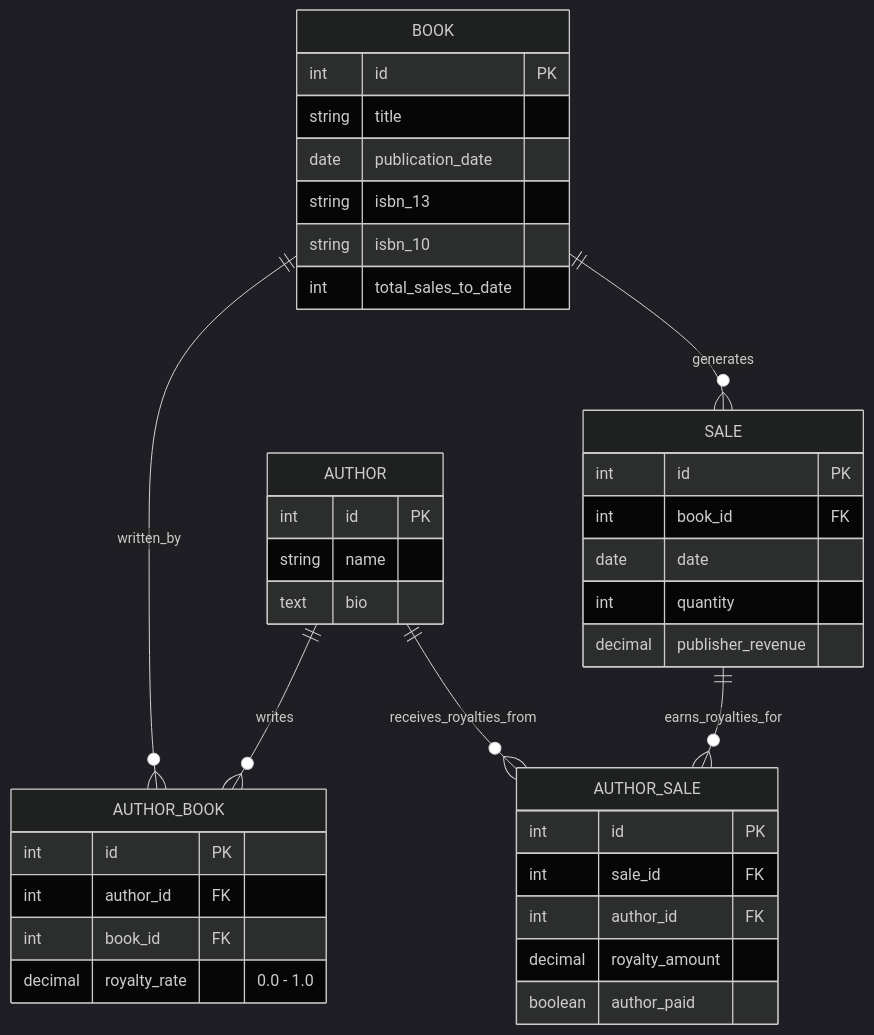
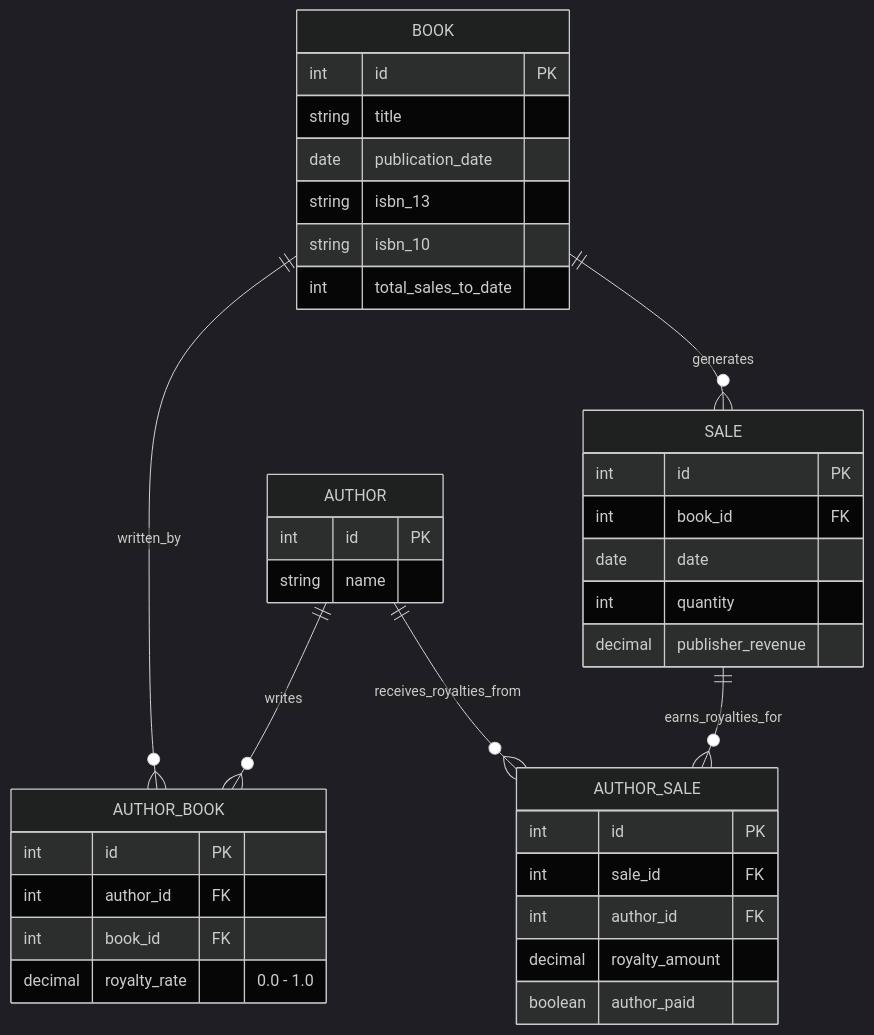
Before and after one commit to judyhe19/book-publishing-app: the second of 2 diagrams in DEVELOPER_GUIDE.md, drawn with Mermaid (dark theme).

````diff
--- a/DEVELOPER_GUIDE.md
+++ b/DEVELOPER_GUIDE.md
@@ -101,46 +101,45 @@
 ```mermaid
 erDiagram
     AUTHOR ||--o{ AUTHOR_BOOK : writes
     BOOK ||--o{ AUTHOR_BOOK : written_by
     BOOK ||--o{ SALE : generates
     SALE ||--o{ AUTHOR_SALE : earns_royalties_for
     AUTHOR ||--o{ AUTHOR_SALE : receives_royalties_from
 
     AUTHOR {
         int id PK
         string name
-        text bio
     }
 
     BOOK {
         int id PK
         string title
         date publication_date
         string isbn_13
         string isbn_10
         int total_sales_to_date
     }
 
     AUTHOR_BOOK {
         int id PK
         int author_id FK
         int book_id FK
         decimal royalty_rate "0.0 - 1.0"
     }
 
     SALE {
         int id PK
         int book_id FK
         date date
         int quantity
         decimal publisher_revenue
     }
 
     AUTHOR_SALE {
         int id PK
         int sale_id FK
         int author_id FK
         decimal royalty_amount
         boolean author_paid
     }
 ```
````
